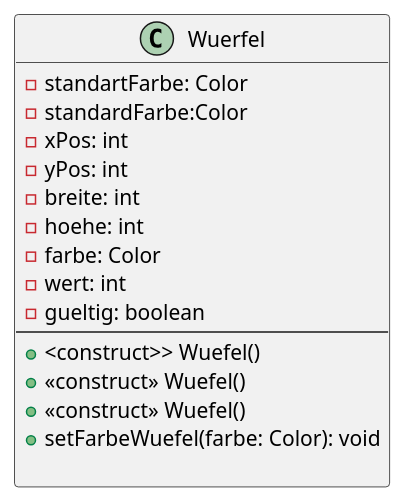
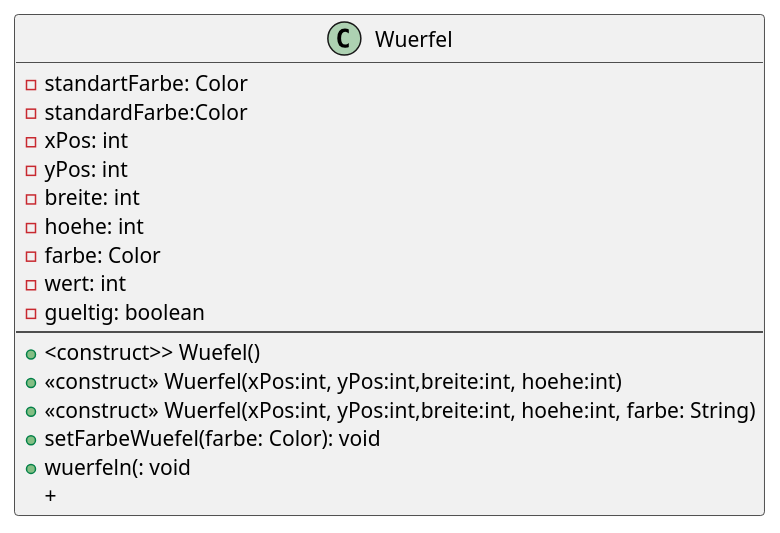
Before and after one commit to Martin1088/Java-With-Screenreader: the diagram in GR_neu/Wuefel/src/ClassWuerfel.puml, drawn with PlantUML. The commit also changed 139 other files, not shown here.

```diff
--- a/GR_neu/Wuefel/src/ClassWuerfel.puml
+++ b/GR_neu/Wuefel/src/ClassWuerfel.puml
@@ -1,19 +1,20 @@
 @startuml
 class Wuerfel {
 - standartFarbe: Color
 -standardFarbe:Color
 -xPos: int
 -yPos: int
 -breite: int
 -hoehe: int
 -farbe: Color
 -wert: int
 -gueltig: boolean
 --
 +<construct>> Wuefel()
-+<<construct>> Wuefel()
-+<<construct>> Wuefel()
++«construct» Wuerfel(xPos:int, yPos:int,breite:int, hoehe:int)
++«construct» Wuerfel(xPos:int, yPos:int,breite:int, hoehe:int, farbe: String)
 +setFarbeWuefel(farbe: Color): void
-
++wuerfeln(: void
++
 }
 @enduml
```
